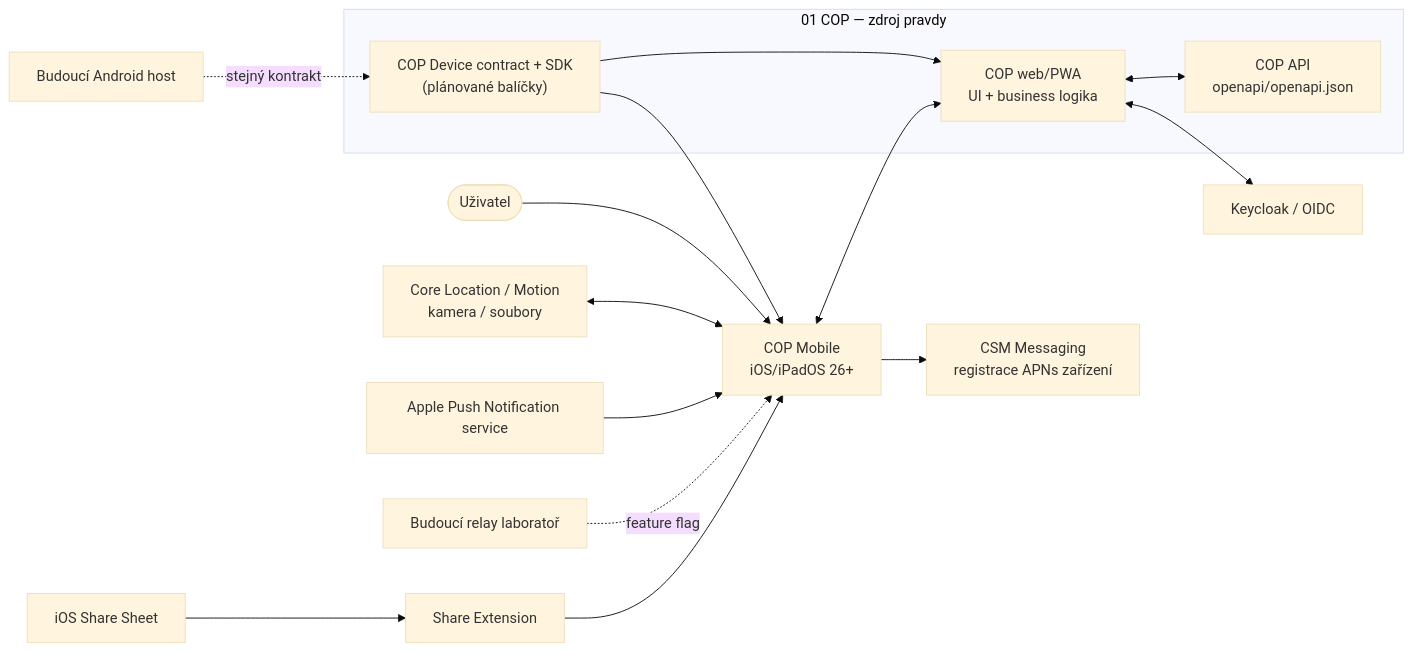
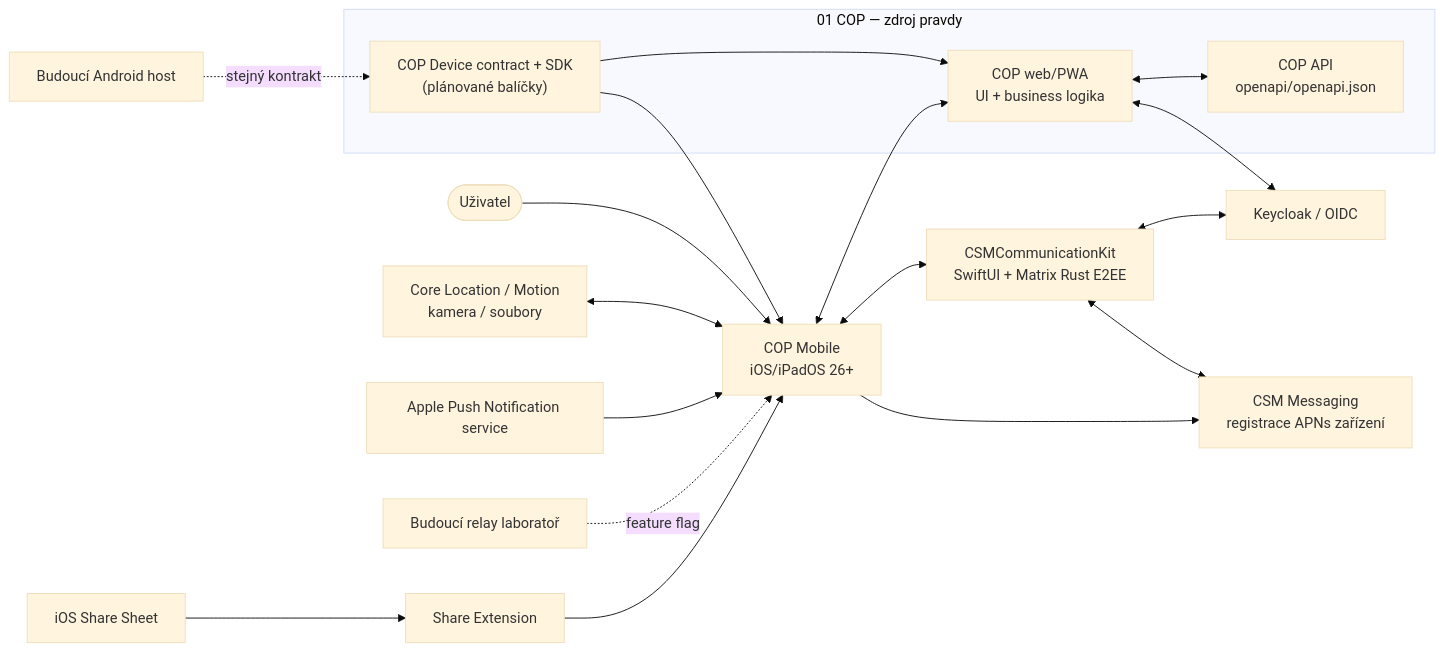
One commit to voldzi/COP-Mobile changed the diagram in docs/architecture.md. Above: the diagram before and after it, drawn with Mermaid (base theme). The commit also changed other lines of this file and 30 other files, not shown here.

````diff
--- a/docs/architecture.md
+++ b/docs/architecture.md
@@ -43,24 +49,27 @@
 ```mermaid
 flowchart LR
   user([Uživatel]) --> host["COP Mobile<br/>iOS/iPadOS 26+"]
   share["iOS Share Sheet"] --> extension["Share Extension"]
   extension --> host
   sensors["Core Location / Motion<br/>kamera / soubory"] <--> host
   apns["Apple Push Notification service"] --> host
 
   subgraph cop["01 COP — zdroj pravdy"]
     web["COP web/PWA<br/>UI + business logika"]
     api["COP API<br/>openapi/openapi.json"]
     contracts["COP Device contract + SDK<br/>(plánované balíčky)"]
   end
 
   host <--> web
   web <--> api
   contracts --> web
   contracts --> host
   web <--> oidc["Keycloak / OIDC"]
+  host <--> nativechat["CSMCommunicationKit<br/>SwiftUI + Matrix Rust E2EE"]
+  nativechat <--> oidc
+  nativechat <--> messaging
   host --> messaging["CSM Messaging<br/>registrace APNs zařízení"]
 
   android["Budoucí Android host"] -. stejný kontrakt .-> contracts
   relay["Budoucí relay laboratoř"] -. feature flag .-> host
 ```
````
